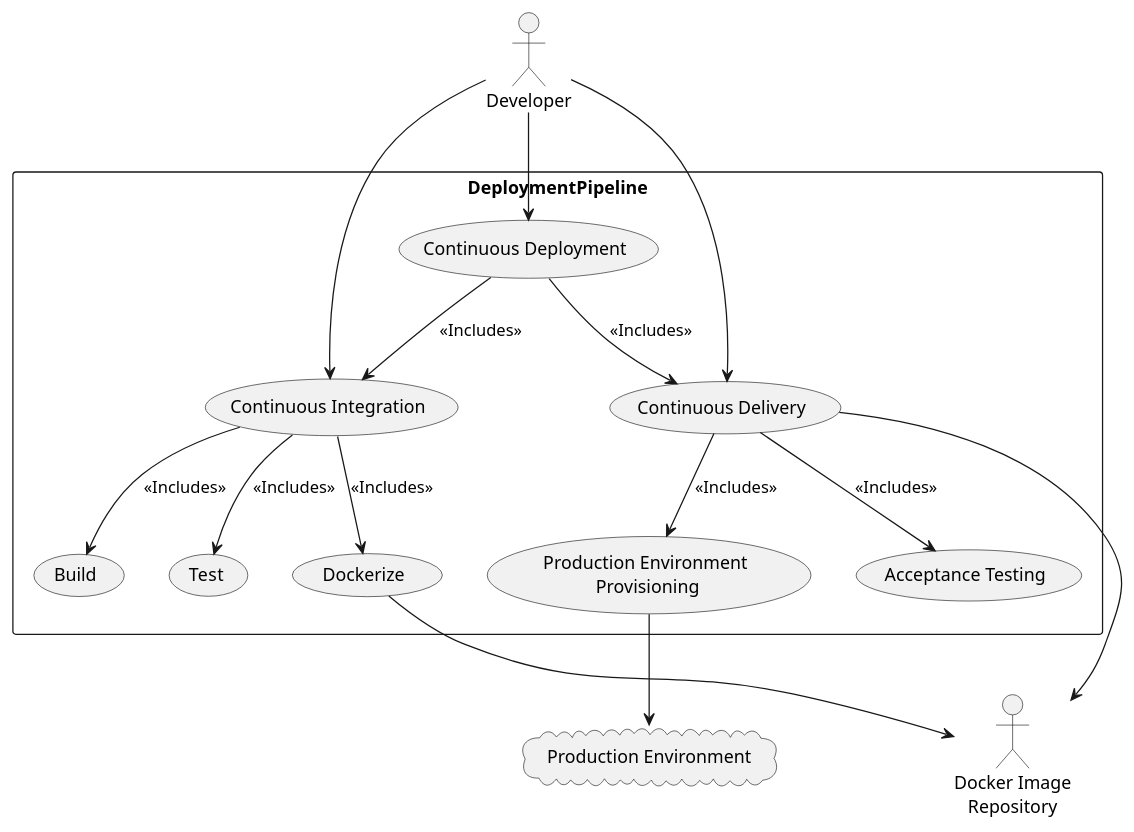
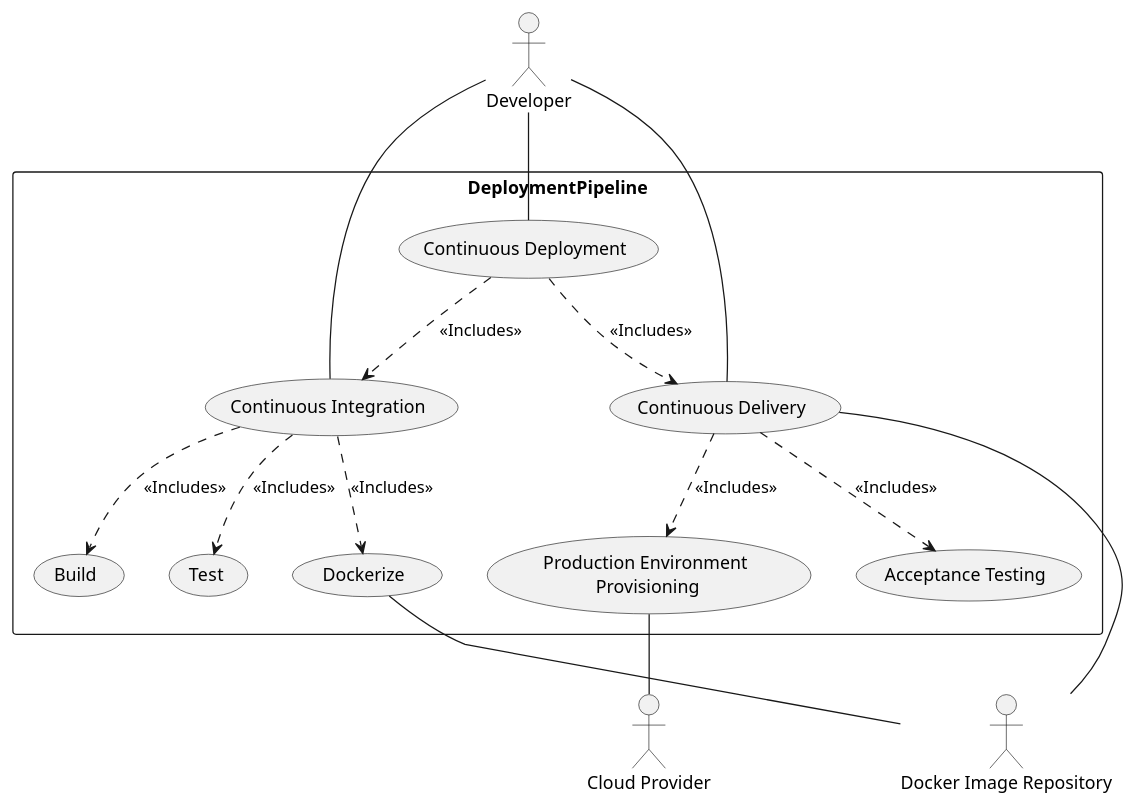
One commit to vivere-dally/thesis changed the diagram in .docs/plantuml/src/useCases/deploymentPipelineUC.wsd. Above: the diagram before and after it, drawn with PlantUML. The commit also changed 1 other file, not shown here.

```diff
--- a/.docs/plantuml/src/useCases/deploymentPipelineUC.wsd
+++ b/.docs/plantuml/src/useCases/deploymentPipelineUC.wsd
@@ -1,39 +1,40 @@
 @startuml UseCase_DeploymentPipeline
 
 ' Declaration
 actor Developer
-actor "Docker Image\n   Repository"
-cloud "Production Environment"
+actor "Docker Image Repository" as DIR
+actor "Cloud Provider" as CP
 
 rectangle DeploymentPipeline {
-  (Continuous Integration)
+  (Continuous Integration) as CI
   (Build)
   (Test)
   (Dockerize)
 
-  (Continuous Delivery)
-  (Acceptance Testing)
-  (Production Environment\n Provisioning)
+  (Continuous Delivery) as CDE
+  (Acceptance Testing) as AT
+  (Production Environment\n Provisioning) as PEP
 
-  (Continuous Deployment)
+  (Continuous Deployment) as CD
 }
 
 ' Dependency
-Developer --> (Continuous Integration)
-Developer --> (Continuous Delivery)
-Developer --> (Continuous Deployment)
+Developer -- CI
+Developer -- CDE
+Developer -- CD
 
-(Continuous Integration) --> (Build): <<Includes>>
-(Continuous Integration) --> (Test): <<Includes>>
-(Continuous Integration) --> (Dockerize): <<Includes>>
+CI ..> Build: <<Includes>>
+CI ..> Test: <<Includes>>
+CI ..> Dockerize: <<Includes>>
 
-(Continuous Delivery) --> (Docker Image\n   Repository)
-(Continuous Delivery) --> (Acceptance Testing): <<Includes>>
-(Continuous Delivery) --> (Production Environment\n Provisioning): <<Includes>>
+CDE -- DIR
+CDE ..> AT: <<Includes>>
+CDE ..> PEP: <<Includes>>
 
-(Continuous Deployment) --> (Continuous Integration): <<Includes>>
-(Continuous Deployment) --> (Continuous Delivery): <<Includes>>
+CD ..> CI: <<Includes>>
+CD ..> CDE: <<Includes>>
 
-Dockerize --> (Docker Image\n   Repository)
-(Production Environment\n Provisioning) --> (Production Environment)
+Dockerize -- DIR
+PEP -- CP
+
 @enduml
```
